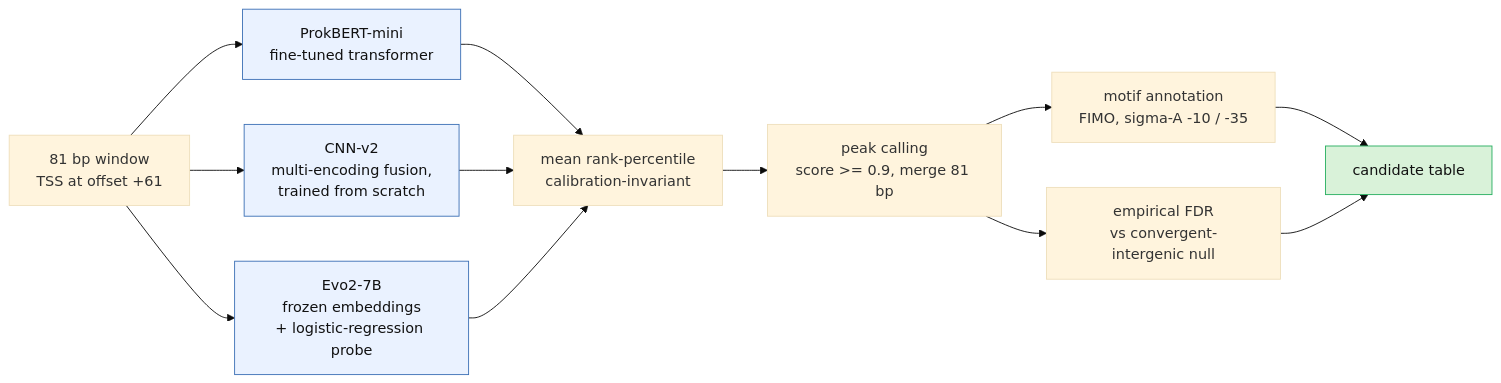
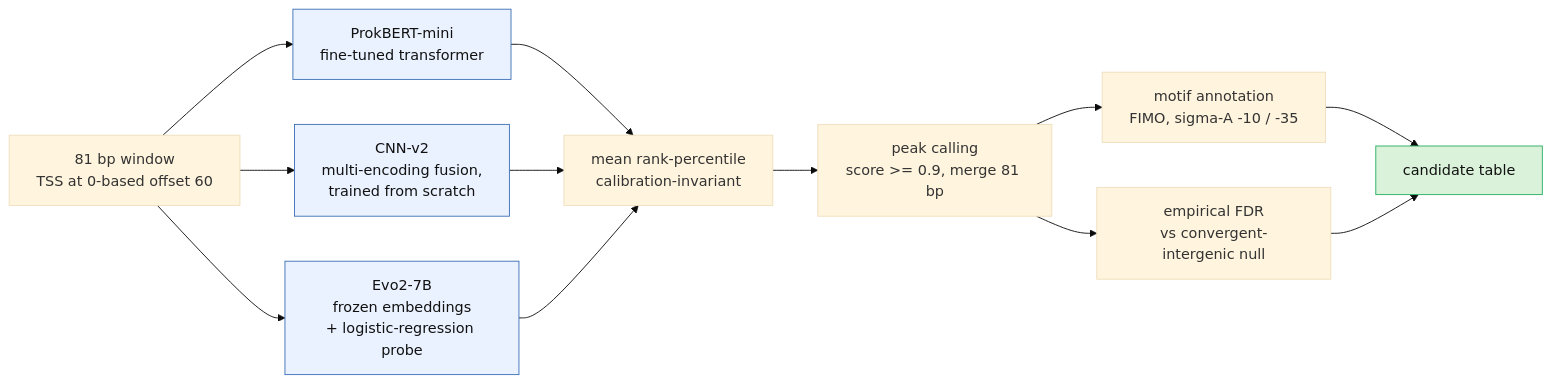
One commit to HKUST-iGEM-2026/cb-promoter-mining changed the second of 3 diagrams in README.md. Above: the diagram before and after it, drawn with Mermaid (base theme). The commit also changed other lines of this file and 173 other files, not shown here.

````diff
--- a/README.md
+++ b/README.md
@@ -55,23 +59,23 @@
 ```mermaid
 flowchart LR
-  S["81 bp window<br/>TSS at offset +61"]
+  S["81 bp window<br/>TSS at 0-based offset 60"]
 
   S --> P["ProkBERT-mini<br/>fine-tuned transformer"]
   S --> C["CNN-v2<br/>multi-encoding fusion,<br/>trained from scratch"]
   S --> V["Evo2-7B<br/>frozen embeddings<br/>+ logistic-regression probe"]
 
   P --> R["mean rank-percentile<br/>calibration-invariant"]
   C --> R
   V --> R
 
   R --> K["peak calling<br/>score >= 0.9, merge 81 bp"]
   K --> M["motif annotation<br/>FIMO, sigma-A -10 / -35"]
   K --> Q["empirical FDR<br/>vs convergent-intergenic null"]
   M --> T["candidate table"]
   Q --> T
 
   classDef model fill:#eaf2ff,stroke:#3b6fb5,color:#111;
   classDef out fill:#d9f2d9,stroke:#27ae60,color:#111;
   class P,C,V model;
   class T out;
 ```
````
